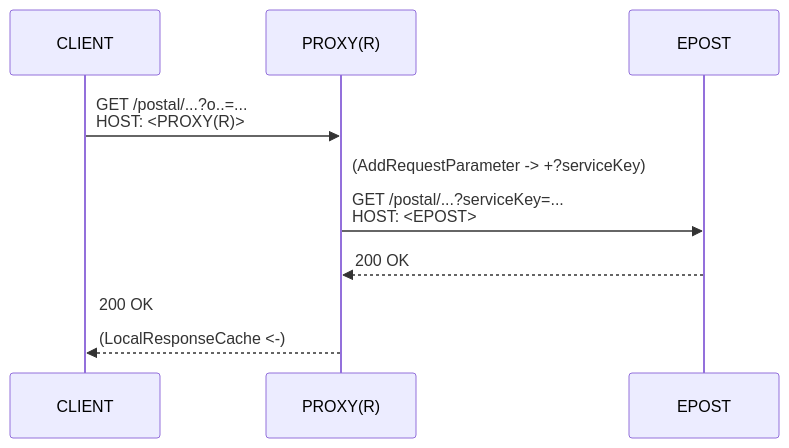
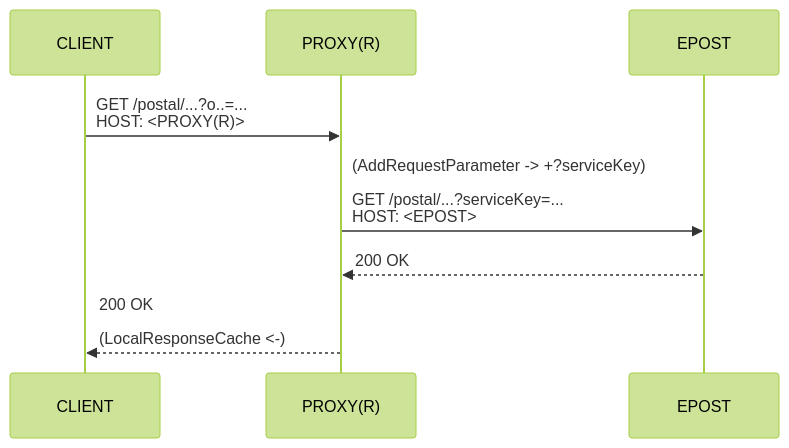
One commit to jinahya/epost-openapi-proxy changed the second of 3 diagrams in README.md. Above: the diagram before and after it, drawn with Mermaid. The commit also changed other lines of this file, not shown here.

````diff
--- a/README.md
+++ b/README.md
@@ -27,8 +38,19 @@
 ```mermaid
-%%{init: { 'sequence': {'messageAlign': 'left'}, 'fontFamily': 'monospace' }}%%
+%%{init: {
+  'theme': 'forest',
+  'themeVariables': {
+    'primaryColor': '#BB2528',
+    'primaryTextColor': '#fff',
+    'background': '#BB2528'
+   },
+  'sequence': {
+    'messageAlign': 'left'
+   },
+  'fontFamily': 'monospace'
+}}%%
 sequenceDiagram
     CLIENT->>PROXY(R): GET /postal/...?o..=...<br>HOST: <PROXY(R)>
     PROXY(R)->>EPOST: (AddRequestParameter -> +?serviceKey)<br><br>GET /postal/...?serviceKey=...<br>HOST: <EPOST>
     EPOST-->>PROXY(R): 200 OK
     PROXY(R)-->>CLIENT: 200 OK<br><br>(LocalResponseCache <-)
 ```
````
